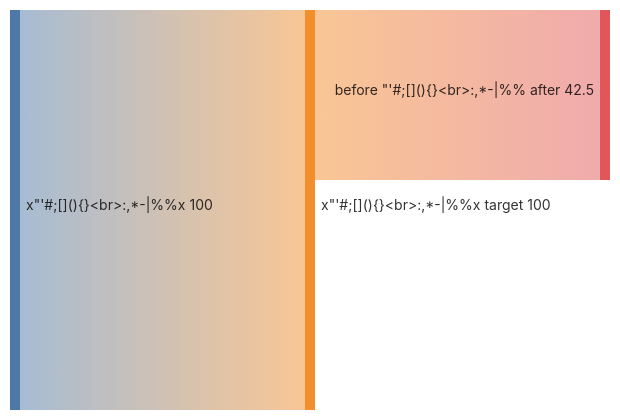
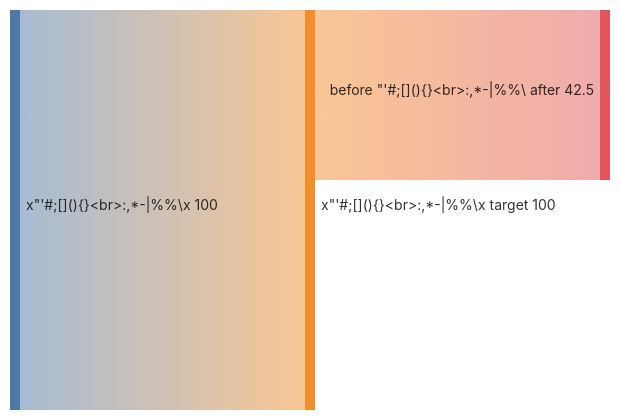
The diagram in doc/edgecase/sankey.md (nao1215/markdown), drawn with Mermaid before and after one commit. The commit also changed 18 other files, not shown here.

First line of the commit message:
test(edgecase): put every character through every diagram type (#172)

````diff
--- a/doc/edgecase/sankey.md
+++ b/doc/edgecase/sankey.md
@@ -5,6 +5,6 @@
 ```mermaid
 sankey-beta
 
-"x""'#;[](){}<br/>:,*-|%%x","x""'#;[](){}<br/>:,*-|%%x target",100
-"x""'#;[](){}<br/>:,*-|%%x target","before ""'#;[](){}<br/>:,*-|%% after",42.5
+"x""'#;[](){}<br/>:,*-|%%\x","x""'#;[](){}<br/>:,*-|%%\x target",100
+"x""'#;[](){}<br/>:,*-|%%\x target","before ""'#;[](){}<br/>:,*-|%%\ after",42.5
 ```
````
